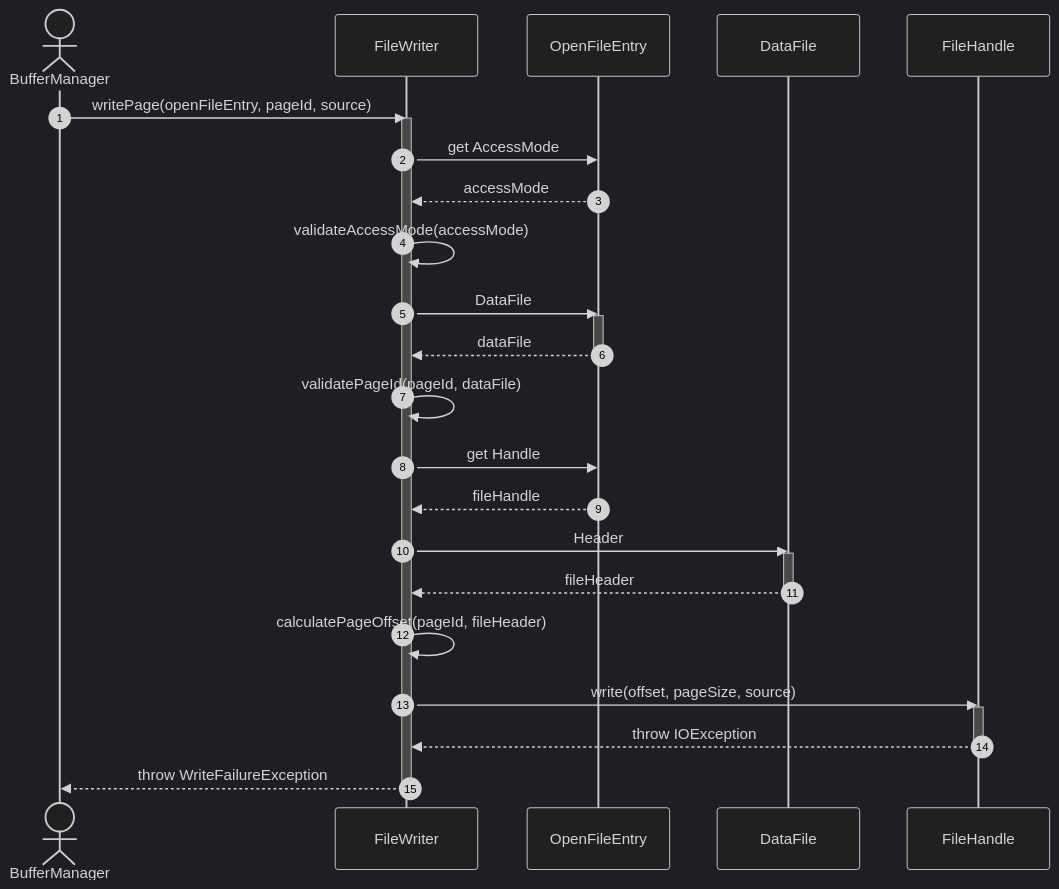
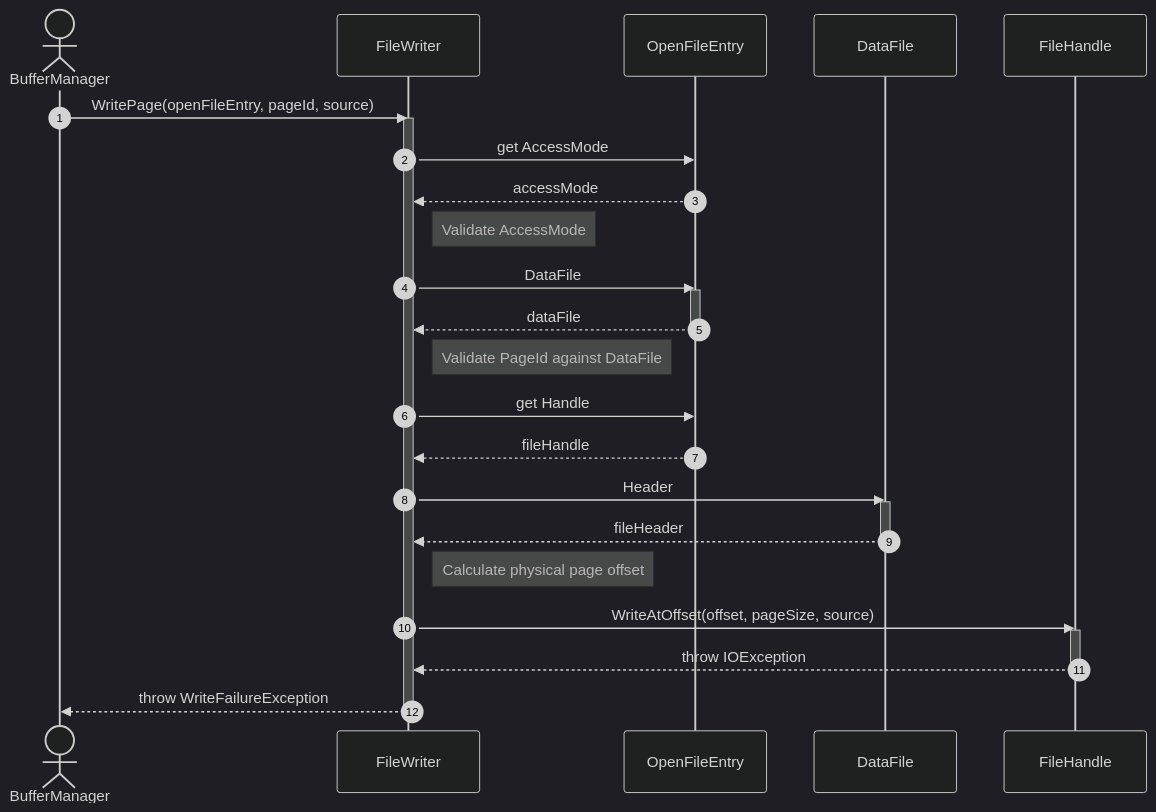
The fifth of 5 diagrams in docs/diagrams/sequence-diagrams/storage-engine/file-management/file-io/write-file.md (manaxpow/DBMS), drawn with Mermaid (dark theme) before and after one commit. The commit also changed other lines of this file and 98 other files, not shown here.

````diff
--- a/docs/diagrams/sequence-diagrams/storage-engine/file-management/file-io/write-file.md
+++ b/docs/diagrams/sequence-diagrams/storage-engine/file-management/file-io/write-file.md
@@ -162,42 +162,42 @@
 ```mermaid
 sequenceDiagram
     autonumber
     actor BM as BufferManager
     participant FW as FileWriter
     participant OE as OpenFileEntry
     participant DF as DataFile
     participant FH as FileHandle
 
-    BM->>FW: writePage(openFileEntry, pageId, source)
+    BM->>FW: WritePage(openFileEntry, pageId, source)
     activate FW
     
     FW->>OE: get AccessMode
     OE-->>FW: accessMode
     
-    FW->>FW: validateAccessMode(accessMode)
+    note right of FW: Validate AccessMode
     
     FW->>OE: DataFile
     activate OE
     OE-->>FW: dataFile
     deactivate OE
     
-    FW->>FW: validatePageId(pageId, dataFile)
+    note right of FW: Validate PageId against DataFile
     
     FW->>OE: get Handle
     OE-->>FW: fileHandle
     
     FW->>DF: Header
     activate DF
     DF-->>FW: fileHeader
     deactivate DF
     
-    FW->>FW: calculatePageOffset(pageId, fileHeader)
+    note right of FW: Calculate physical page offset
     
-    FW->>FH: write(offset, pageSize, source)
+    FW->>FH: WriteAtOffset(offset, pageSize, source)
     activate FH
     FH-->>FW: throw IOException
     deactivate FH
     
     FW-->>BM: throw WriteFailureException
     deactivate FW
 ```
````
